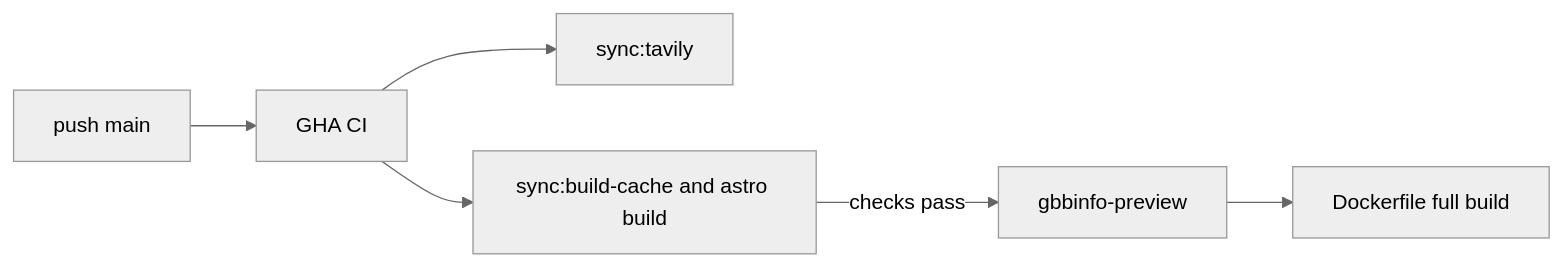
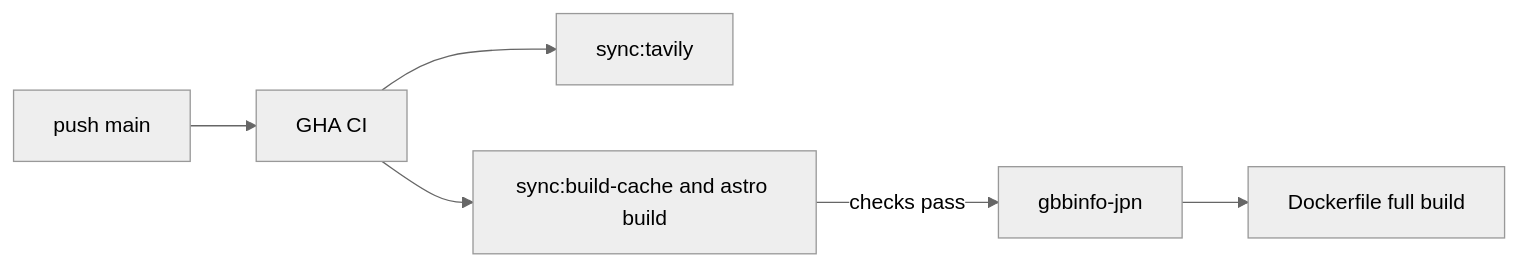
One commit to shumizu418128/gbbinfo4.0 changed the diagram in README.md. Above: the diagram before and after it, drawn with Mermaid (neutral theme). The commit also changed other lines of this file and 3 other files, not shown here.

````diff
--- a/README.md
+++ b/README.md
@@ -90,8 +90,8 @@
 ```mermaid
 flowchart LR
   push[push main] --> gha[GHA CI]
   gha --> tavily[sync:tavily]
   gha --> verify[sync:build-cache and astro build]
-  verify -->|checks pass| render[gbbinfo-preview]
+  verify -->|checks pass| render[gbbinfo-jpn]
   render --> docker[Dockerfile full build]
 ```
````
